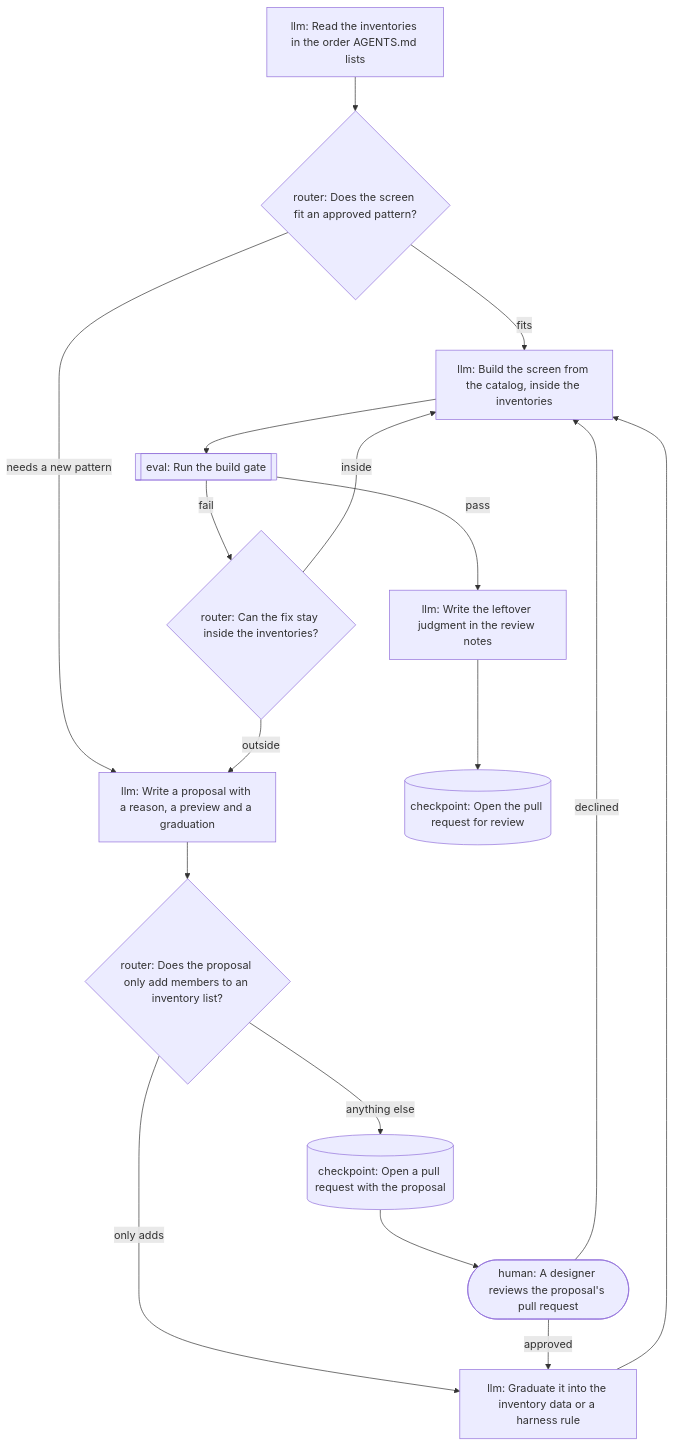
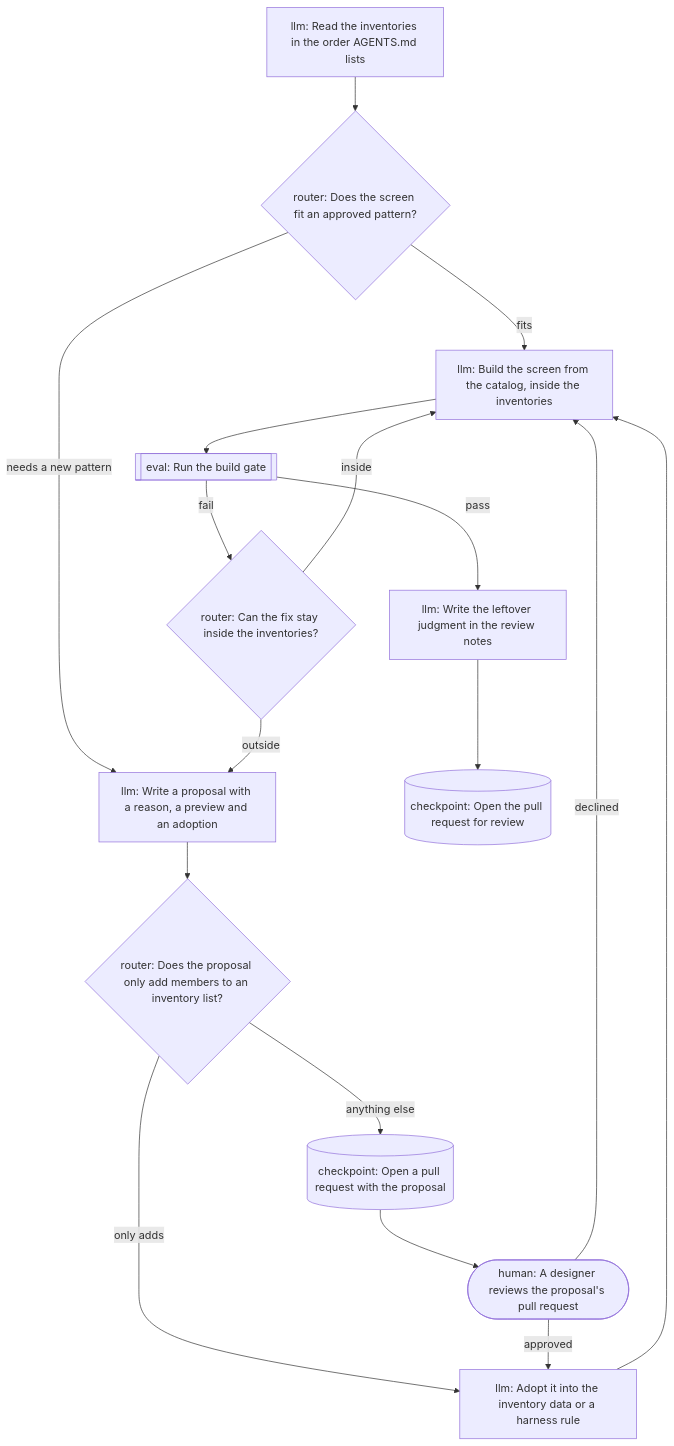
The third of 7 diagrams in packages/harness/docs/how-it-works.md (tounsoo/agent-design-loop), drawn with Mermaid before and after one commit. The commit also changed other lines of this file and 75 other files, not shown here.

First line of the commit message:
Rename graduate to adopt across the harness

````diff
--- a/packages/harness/docs/how-it-works.md
+++ b/packages/harness/docs/how-it-works.md
@@ -94,31 +94,31 @@
 ```mermaid
 flowchart TB
   n_read["llm: Read the inventories in the order AGENTS.md lists"]
   n_route{"router: Does the screen fit an approved pattern?"}
   n_build["llm: Build the screen from the catalog, inside the inventories"]
   n_checks[["eval: Run the build gate"]]
   n_triage{"router: Can the fix stay inside the inventories?"}
-  n_propose["llm: Write a proposal with a reason, a preview and a graduation"]
+  n_propose["llm: Write a proposal with a reason, a preview and an adoption"]
   n_scope{"router: Does the proposal only add members to an inventory list?"}
   n_proposal_pull_request[("checkpoint: Open a pull request with the proposal")]
   n_approval(["human: A designer reviews the proposal's pull request"])
-  n_graduate["llm: Graduate it into the inventory data or a harness rule"]
+  n_adopt["llm: Adopt it into the inventory data or a harness rule"]
   n_note["llm: Write the leftover judgment in the review notes"]
   n_pull_request[("checkpoint: Open the pull request for review")]
   n_read --> n_route
   n_route -->|fits| n_build
   n_route -->|needs a new pattern| n_propose
   n_build --> n_checks
   n_checks -->|pass| n_note
   n_checks -->|fail| n_triage
   n_triage -->|inside| n_build
   n_triage -->|outside| n_propose
   n_propose --> n_scope
-  n_scope -->|only adds| n_graduate
+  n_scope -->|only adds| n_adopt
   n_scope -->|anything else| n_proposal_pull_request
   n_proposal_pull_request --> n_approval
-  n_approval -->|approved| n_graduate
+  n_approval -->|approved| n_adopt
   n_approval -->|declined| n_build
-  n_graduate --> n_build
+  n_adopt --> n_build
   n_note --> n_pull_request
 ```
````
